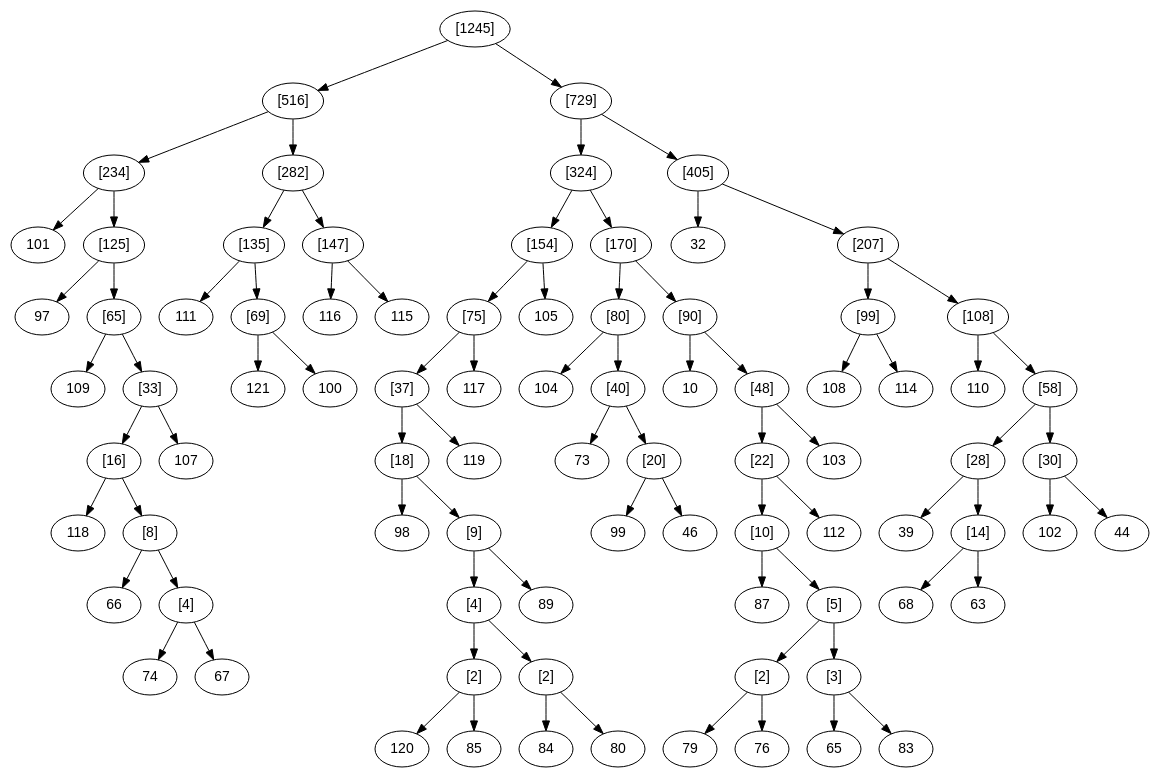
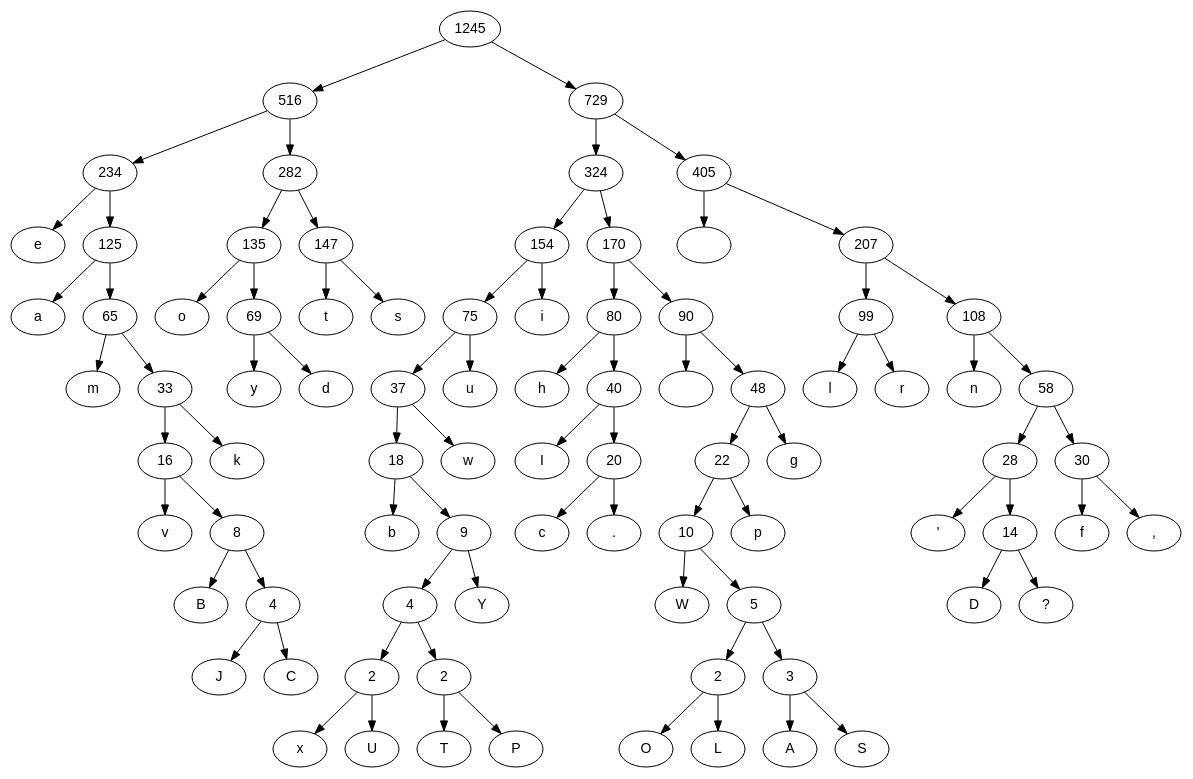
The diagram in resources/test.dot (lukas-hen/compRS), drawn with Graphviz before and after one commit. The commit also changed 2 other files, not shown here.

```diff
--- a/resources/test.dot
+++ b/resources/test.dot
@@ -1,130 +1,131 @@
 digraph BST {
 	node [fontname="Arial"]
-	l6 [ label = "120" ];
-	l29 [ label = "85" ];
-	l39 [ label = "84" ];
-	l8 [ label = "80" ];
-	l4 [ label = "79" ];
-	l3 [ label = "76" ];
-	l40 [ label = "65" ];
-	l2 [ label = "83" ];
-	l14 [ label = "74" ];
-	l22 [ label = "67" ];
-	l43 [ label = "[2]" ];
-	l44 [ label = "[2]" ];
-	l45 [ label = "[2]" ];
-	l46 [ label = "[3]" ];
-	l19 [ label = "66" ];
-	l47 [ label = "[4]" ];
-	l48 [ label = "[4]" ];
-	l24 [ label = "89" ];
-	l37 [ label = "87" ];
-	l49 [ label = "[5]" ];
-	l17 [ label = "68" ];
-	l28 [ label = "63" ];
-	l32 [ label = "118" ];
-	l50 [ label = "[8]" ];
-	l38 [ label = "98" ];
-	l51 [ label = "[9]" ];
-	l35 [ label = "99" ];
-	l13 [ label = "46" ];
-	l52 [ label = "[10]" ];
-	l41 [ label = "112" ];
-	l16 [ label = "39" ];
-	l53 [ label = "[14]" ];
-	l36 [ label = "102" ];
-	l15 [ label = "44" ];
-	l54 [ label = "[16]" ];
-	l30 [ label = "107" ];
-	l55 [ label = "[18]" ];
-	l9 [ label = "119" ];
-	l12 [ label = "73" ];
-	l56 [ label = "[20]" ];
-	l57 [ label = "[22]" ];
-	l31 [ label = "103" ];
-	l58 [ label = "[28]" ];
-	l59 [ label = "[30]" ];
-	l0 [ label = "109" ];
-	l60 [ label = "[33]" ];
-	l42 [ label = "121" ];
-	l7 [ label = "100" ];
-	l61 [ label = "[37]" ];
-	l10 [ label = "117" ];
-	l18 [ label = "104" ];
-	l62 [ label = "[40]" ];
-	l27 [ label = "10" ];
-	l63 [ label = "[48]" ];
-	l26 [ label = "108" ];
-	l33 [ label = "114" ];
-	l34 [ label = "110" ];
-	l64 [ label = "[58]" ];
-	l20 [ label = "97" ];
-	l65 [ label = "[65]" ];
-	l21 [ label = "111" ];
-	l66 [ label = "[69]" ];
-	l23 [ label = "116" ];
-	l1 [ label = "115" ];
-	l67 [ label = "[75]" ];
-	l25 [ label = "105" ];
-	l68 [ label = "[80]" ];
-	l69 [ label = "[90]" ];
-	l70 [ label = "[99]" ];
-	l71 [ label = "[108]" ];
-	l11 [ label = "101" ];
-	l72 [ label = "[125]" ];
-	l73 [ label = "[135]" ];
-	l74 [ label = "[147]" ];
-	l75 [ label = "[154]" ];
-	l76 [ label = "[170]" ];
-	l5 [ label = "32" ];
-	l77 [ label = "[207]" ];
-	l78 [ label = "[234]" ];
-	l79 [ label = "[282]" ];
-	l80 [ label = "[324]" ];
-	l81 [ label = "[405]" ];
-	l82 [ label = "[516]" ];
-	l83 [ label = "[729]" ];
-	l84 [ label = "[1245]" ];
-	l43 -> { l6 l29 };
-	l44 -> { l39 l8 };
-	l45 -> { l4 l3 };
-	l46 -> { l40 l2 };
-	l47 -> { l14 l22 };
+	l3 [ label = "x" ];
+	l28 [ label = "U" ];
+	l27 [ label = "T" ];
+	l38 [ label = "P" ];
+	l2 [ label = "O" ];
+	l17 [ label = "L" ];
+	l15 [ label = "A" ];
+	l40 [ label = "S" ];
+	l14 [ label = "J" ];
+	l1 [ label = "C" ];
+	l43 [ label = "2" ];
+	l44 [ label = "2" ];
+	l45 [ label = "2" ];
+	l46 [ label = "3" ];
+	l8 [ label = "B" ];
+	l47 [ label = "4" ];
+	l48 [ label = "4" ];
+	l30 [ label = "Y" ];
+	l33 [ label = "W" ];
+	l49 [ label = "5" ];
+	l5 [ label = "D" ];
+	l10 [ label = "?" ];
+	l18 [ label = "v" ];
+	l50 [ label = "8" ];
+	l42 [ label = "b" ];
+	l51 [ label = "9" ];
+	l32 [ label = "c" ];
+	l36 [ label = "." ];
+	l52 [ label = "10" ];
+	l9 [ label = "p" ];
+	l31 [ label = "'" ];
+	l53 [ label = "14" ];
+	l41 [ label = "f" ];
+	l19 [ label = "," ];
+	l54 [ label = "16" ];
+	l29 [ label = "k" ];
+	l55 [ label = "18" ];
+	l23 [ label = "w" ];
+	l12 [ label = "I" ];
+	l56 [ label = "20" ];
+	l57 [ label = "22" ];
+	l34 [ label = "g" ];
+	l58 [ label = "28" ];
+	l59 [ label = "30" ];
+	l11 [ label = "m" ];
+	l60 [ label = "33" ];
+	l6 [ label = "y" ];
+	l25 [ label = "d" ];
+	l61 [ label = "37" ];
+	l37 [ label = "u" ];
+	l4 [ label = "h" ];
+	l62 [ label = "40" ];
+	l22 [ label = "
+" ];
+	l63 [ label = "48" ];
+	l13 [ label = "l" ];
+	l0 [ label = "r" ];
+	l16 [ label = "n" ];
+	l64 [ label = "58" ];
+	l21 [ label = "a" ];
+	l65 [ label = "65" ];
+	l7 [ label = "o" ];
+	l66 [ label = "69" ];
+	l35 [ label = "t" ];
+	l26 [ label = "s" ];
+	l67 [ label = "75" ];
+	l20 [ label = "i" ];
+	l68 [ label = "80" ];
+	l69 [ label = "90" ];
+	l70 [ label = "99" ];
+	l71 [ label = "108" ];
+	l24 [ label = "e" ];
+	l72 [ label = "125" ];
+	l73 [ label = "135" ];
+	l74 [ label = "147" ];
+	l75 [ label = "154" ];
+	l76 [ label = "170" ];
+	l39 [ label = " " ];
+	l77 [ label = "207" ];
+	l78 [ label = "234" ];
+	l79 [ label = "282" ];
+	l80 [ label = "324" ];
+	l81 [ label = "405" ];
+	l82 [ label = "516" ];
+	l83 [ label = "729" ];
+	l84 [ label = "1245" ];
+	l43 -> { l3 l28 };
+	l44 -> { l27 l38 };
+	l45 -> { l2 l17 };
+	l46 -> { l15 l40 };
+	l47 -> { l14 l1 };
 	l48 -> { l43 l44 };
 	l49 -> { l45 l46 };
-	l50 -> { l19 l47 };
-	l51 -> { l48 l24 };
-	l52 -> { l37 l49 };
-	l53 -> { l17 l28 };
-	l54 -> { l32 l50 };
-	l55 -> { l38 l51 };
-	l56 -> { l35 l13 };
-	l57 -> { l52 l41 };
-	l58 -> { l16 l53 };
-	l59 -> { l36 l15 };
-	l60 -> { l54 l30 };
-	l61 -> { l55 l9 };
+	l50 -> { l8 l47 };
+	l51 -> { l48 l30 };
+	l52 -> { l33 l49 };
+	l53 -> { l5 l10 };
+	l54 -> { l18 l50 };
+	l55 -> { l42 l51 };
+	l56 -> { l32 l36 };
+	l57 -> { l52 l9 };
+	l58 -> { l31 l53 };
+	l59 -> { l41 l19 };
+	l60 -> { l54 l29 };
+	l61 -> { l55 l23 };
 	l62 -> { l12 l56 };
-	l63 -> { l57 l31 };
+	l63 -> { l57 l34 };
 	l64 -> { l58 l59 };
-	l65 -> { l0 l60 };
-	l66 -> { l42 l7 };
-	l67 -> { l61 l10 };
-	l68 -> { l18 l62 };
-	l69 -> { l27 l63 };
-	l70 -> { l26 l33 };
-	l71 -> { l34 l64 };
-	l72 -> { l20 l65 };
-	l73 -> { l21 l66 };
-	l74 -> { l23 l1 };
-	l75 -> { l67 l25 };
+	l65 -> { l11 l60 };
+	l66 -> { l6 l25 };
+	l67 -> { l61 l37 };
+	l68 -> { l4 l62 };
+	l69 -> { l22 l63 };
+	l70 -> { l13 l0 };
+	l71 -> { l16 l64 };
+	l72 -> { l21 l65 };
+	l73 -> { l7 l66 };
+	l74 -> { l35 l26 };
+	l75 -> { l67 l20 };
 	l76 -> { l68 l69 };
 	l77 -> { l70 l71 };
-	l78 -> { l11 l72 };
+	l78 -> { l24 l72 };
 	l79 -> { l73 l74 };
 	l80 -> { l75 l76 };
-	l81 -> { l5 l77 };
+	l81 -> { l39 l77 };
 	l82 -> { l78 l79 };
 	l83 -> { l80 l81 };
 	l84 -> { l82 l83 };
 }
```
